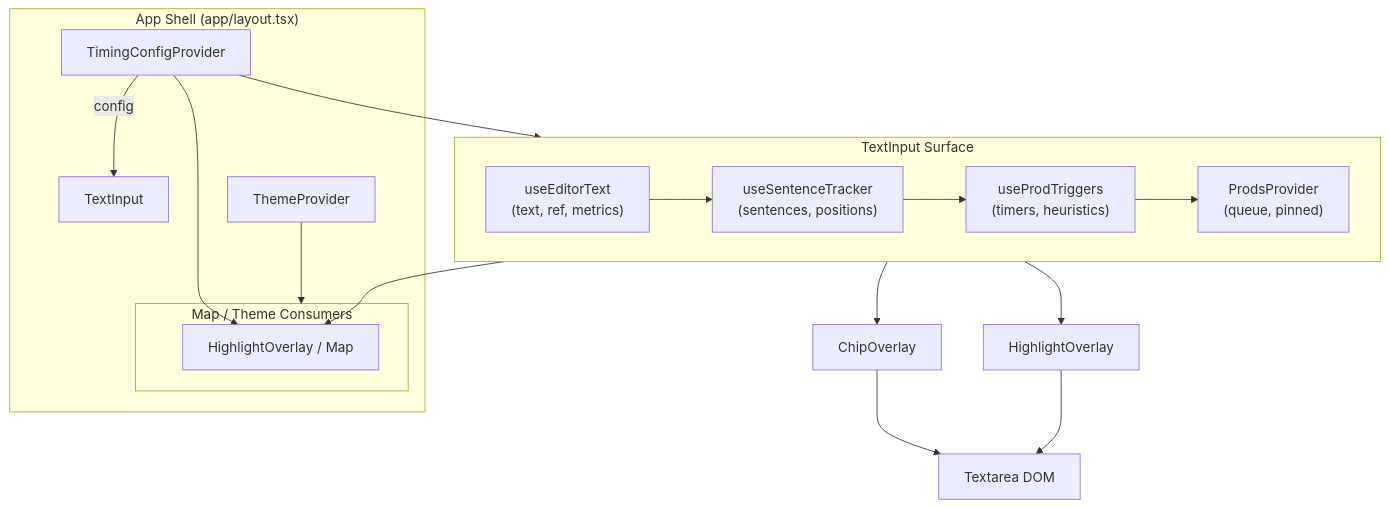
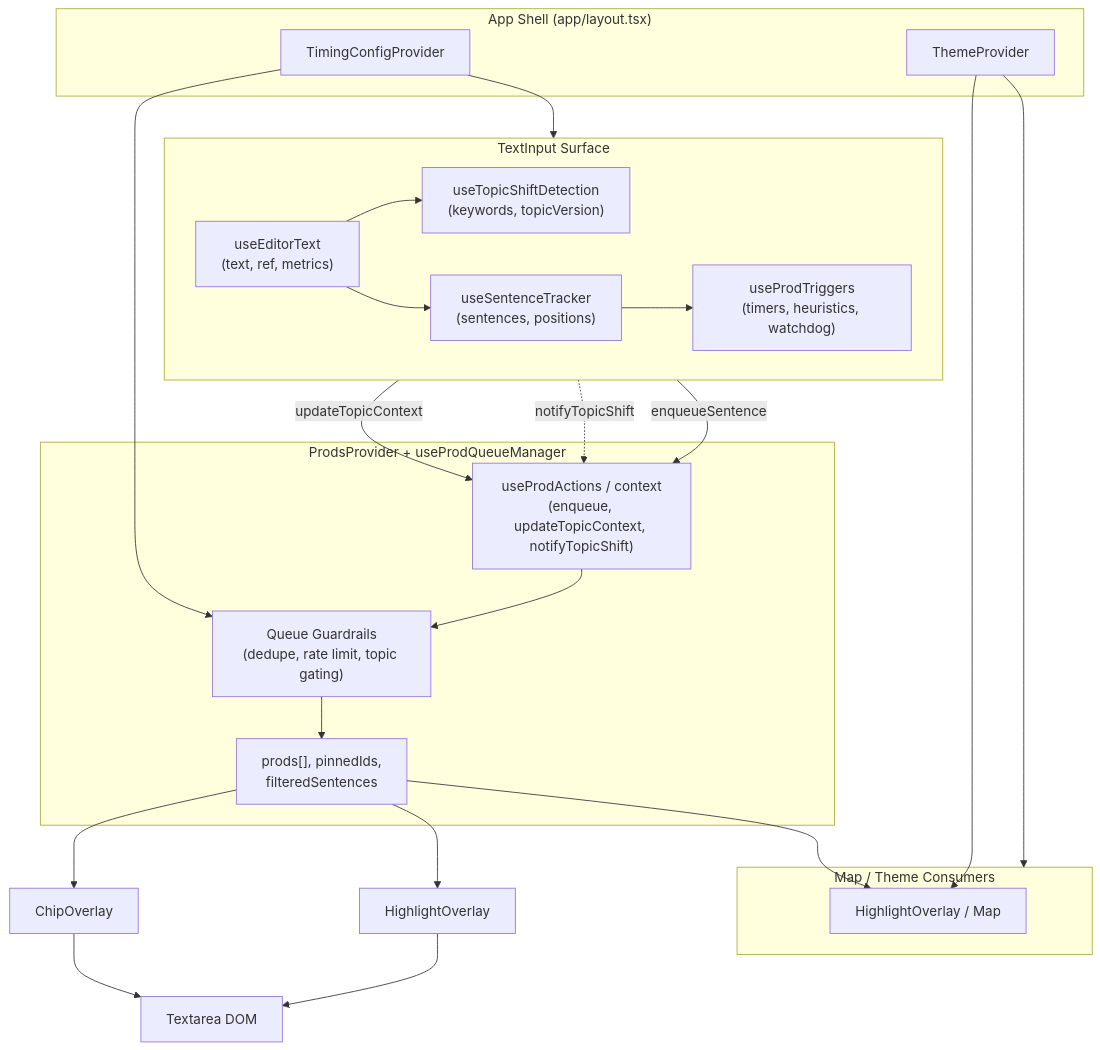
The diagram in docs/diagrams/writing-flow.mmd (andreicstoica/refract), drawn with Mermaid before and after one commit. The commit also changed 19 other files, not shown here.

```diff
--- a/docs/diagrams/writing-flow.mmd
+++ b/docs/diagrams/writing-flow.mmd
@@ -1,26 +1,38 @@
 flowchart TD
   subgraph AppShell["App Shell (app/layout.tsx)"]
-    TimingConfigProvider -->|config| TextInput
-    ThemeProvider --> MapShell
+    TimingConfigProvider
+    ThemeProvider
   end
 
   subgraph Editor["TextInput Surface"]
     direction LR
-    useEditorText["useEditorText\n(text, ref, metrics)"] --> useSentenceTracker
-    useSentenceTracker["useSentenceTracker\n(sentences, positions)"] --> useProdTriggers
-    useProdTriggers["useProdTriggers\n(timers, heuristics)"] --> ProdsProvider
+    useEditorText["useEditorText\n(text, ref, metrics)"] --> TopicShift["useTopicShiftDetection\n(keywords, topicVersion)"]
+    useEditorText --> useSentenceTracker["useSentenceTracker\n(sentences, positions)"]
+    useSentenceTracker --> useProdTriggers["useProdTriggers\n(timers, heuristics, watchdog)"]
   end
 
-  ProdsProvider["ProdsProvider\n(queue, pinned)"] --> ChipOverlay
-  ProdsProvider --> HighlightOverlay
-  ProdsProvider --> ThemeOverlay
+  subgraph ProdsStack["ProdsProvider + useProdQueueManager"]
+    ProdContext["useProdActions / context\n(enqueue, updateTopicContext, notifyTopicShift)"] --> QueueGuards["Queue Guardrails\n(dedupe, rate limit, topic gating)"]
+    QueueGuards --> ProdState["prods[], pinnedIds,\nfilteredSentences"]
+  end
+
+  TopicShift -->|updateTopicContext| ProdContext
+  TopicShift -.->|notifyTopicShift| ProdContext
+  useProdTriggers -->|enqueueSentence| ProdContext
+
+  ProdState --> ChipOverlay
+  ProdState --> HighlightOverlay
+  ProdState --> ThemeOverlay
 
   ChipOverlay --> TextArea["Textarea DOM"]
   HighlightOverlay --> TextArea
 
   TimingConfigProvider --> useProdTriggers
-  TimingConfigProvider --> ThemeOverlay
+  TimingConfigProvider --> QueueGuards
 
   subgraph MapShell["Map / Theme Consumers"]
     ThemeOverlay["HighlightOverlay / Map"]
   end
+
+  ThemeProvider --> MapShell
+  ThemeProvider --> ThemeOverlay
```
